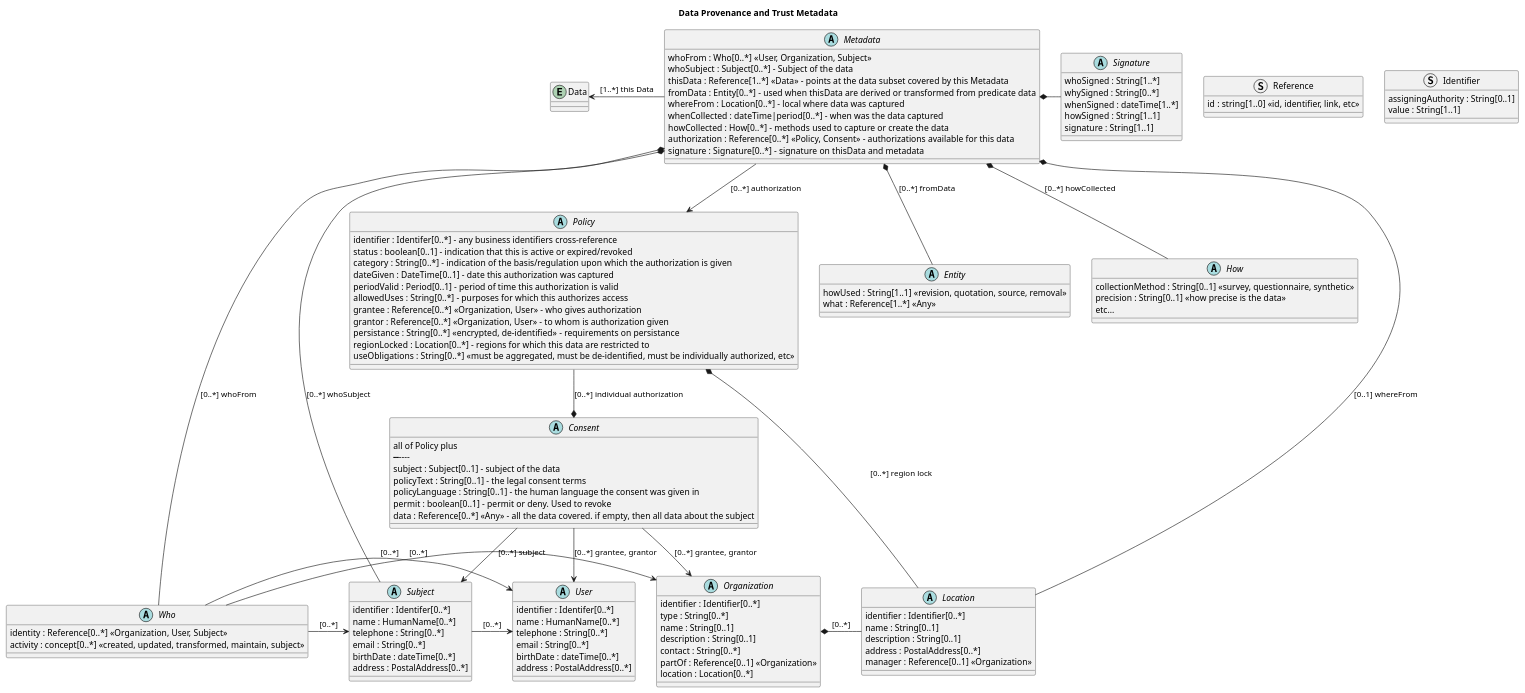
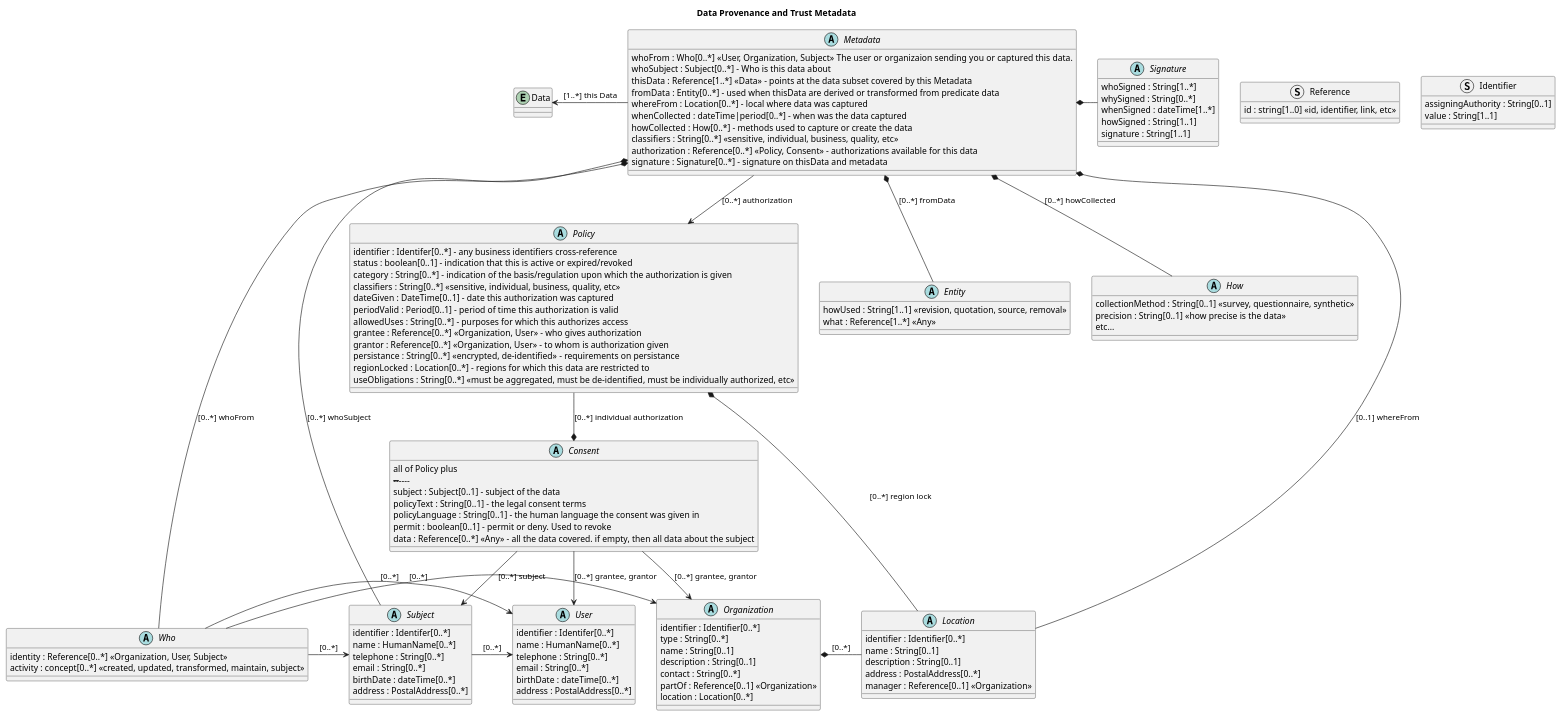
Before and after one commit to JohnMoehrke/Metadata: the diagram in metadata.plantuml, drawn with PlantUML. The commit also changed 4 other files, not shown here.

```diff
--- a/metadata.plantuml
+++ b/metadata.plantuml
@@ -1,130 +1,132 @@
 @startuml 
 title Data Provenance and Trust Metadata
 
 struct Reference {
     id : string[1..0] <<id, identifier, link, etc>>
 }
 
 struct Identifier { 
     assigningAuthority : String[0..1]
     value : String[1..1]
 }
 
 abstract class Signature {
     whoSigned : String[1..*]
     whySigned : String[0..*]
     whenSigned : dateTime[1..*]
     howSigned : String[1..1] 
     signature : String[1..1] 
 }
 entity Data
 
 abstract class Metadata {
-  whoFrom : Who[0..*] <<User, Organization, Subject>> 
-  whoSubject : Subject[0..*] - Subject of the data
+  whoFrom : Who[0..*] <<User, Organization, Subject>> The user or organizaion sending you or captured this data.
+  whoSubject : Subject[0..*] - Who is this data about
   thisData : Reference[1..*] <<Data>> - points at the data subset covered by this Metadata
   fromData : Entity[0..*] - used when thisData are derived or transformed from predicate data
   whereFrom : Location[0..*] - local where data was captured
   whenCollected : dateTime|period[0..*] - when was the data captured
   howCollected : How[0..*] - methods used to capture or create the data
+  classifiers : String[0..*] <<sensitive, individual, business, quality, etc>> 
   authorization : Reference[0..*] <<Policy, Consent>> - authorizations available for this data
   signature : Signature[0..*] - signature on thisData and metadata
 }
 Metadata *-down- Entity : [0..*] fromData
 Metadata *-down- How : [0..*] howCollected
 Metadata *-down- Who : [0..*] whoFrom
 Metadata *-down- Subject : [0..*] whoSubject
 Metadata -down-> Policy : [0..*] authorization
 Metadata *-down- Location : [0..1] whereFrom
 Metadata -left-> Data : [1..*] this Data
 Metadata *-right- Signature
 
 abstract class Who {
     identity : Reference[0..*] <<Organization, User, Subject>>
     activity : concept[0..*] <<created, updated, transformed, maintain, subject>>
 }
 
 Who -> User : [0..*]
 Who -> Organization : [0..*]
 Who -> Subject : [0..*]
 
 abstract class User {
     identifier : Identifer[0..*]
     name : HumanName[0..*]
     telephone : String[0..*]
     email : String[0..*]
     birthDate : dateTime[0..*]
     address : PostalAddress[0..*]
 }
 
 abstract class Subject {
     identifier : Identifer[0..*]
     name : HumanName[0..*]
     telephone : String[0..*]
     email : String[0..*]
     birthDate : dateTime[0..*]
     address : PostalAddress[0..*]
 }
 Subject -> User : [0..*]
 
 abstract class Organization {
     identifier : Identifier[0..*]
     type : String[0..*]
     name : String[0..1]
     description : String[0..1]
     contact : String[0..*]
     partOf : Reference[0..1] <<Organization>>
     location : Location[0..*]
 }
 Organization *- Location : [0..*]
 
 abstract class Location {
     identifier : Identifier[0..*]
     name : String[0..1]
     description : String[0..1]
     address : PostalAddress[0..*]
     manager : Reference[0..1] <<Organization>>
 }
 
 
 abstract class Entity {
     howUsed : String[1..1] <<revision, quotation, source, removal>>
     what : Reference[1..*] <<Any>>
 }
 
 abstract class How {
     collectionMethod : String[0..1] <<survey, questionnaire, synthetic>>
     precision : String[0..1] <<how precise is the data>>
     etc...
 }
 
 abstract class Policy {
     identifier : Identifer[0..*] - any business identifiers cross-reference
     status : boolean[0..1] - indication that this is active or expired/revoked
     category : String[0..*] - indication of the basis/regulation upon which the authorization is given
+    classifiers : String[0..*] <<sensitive, individual, business, quality, etc>> 
     dateGiven : DateTime[0..1] - date this authorization was captured
     periodValid : Period[0..1] - period of time this authorization is valid
     allowedUses : String[0..*] - purposes for which this authorizes access
     grantee : Reference[0..*] <<Organization, User>> - who gives authorization
     grantor : Reference[0..*] <<Organization, User>> - to whom is authorization given
     persistance : String[0..*] <<encrypted, de-identified>> - requirements on persistance
     regionLocked : Location[0..*] - regions for which this data are restricted to
     useObligations : String[0..*] <<must be aggregated, must be de-identified, must be individually authorized, etc>>
 }
 Policy -down-* Consent : [0..*] individual authorization
 
 abstract class Consent {
  all of Policy plus
     --------------
     subject : Subject[0..1] - subject of the data
     policyText : String[0..1] - the legal consent terms 
     policyLanguage : String[0..1] - the human language the consent was given in
     permit : boolean[0..1] - permit or deny. Used to revoke
     data : Reference[0..*] <<Any>> - all the data covered. if empty, then all data about the subject
 }
 Policy *-down- Location : [0..*] region lock
 Consent -down-> Organization : [0..*] grantee, grantor
 Consent -down-> User : [0..*] grantee, grantor
 Consent -down-> Subject : [0..*] subject
 
 @enduml
```
